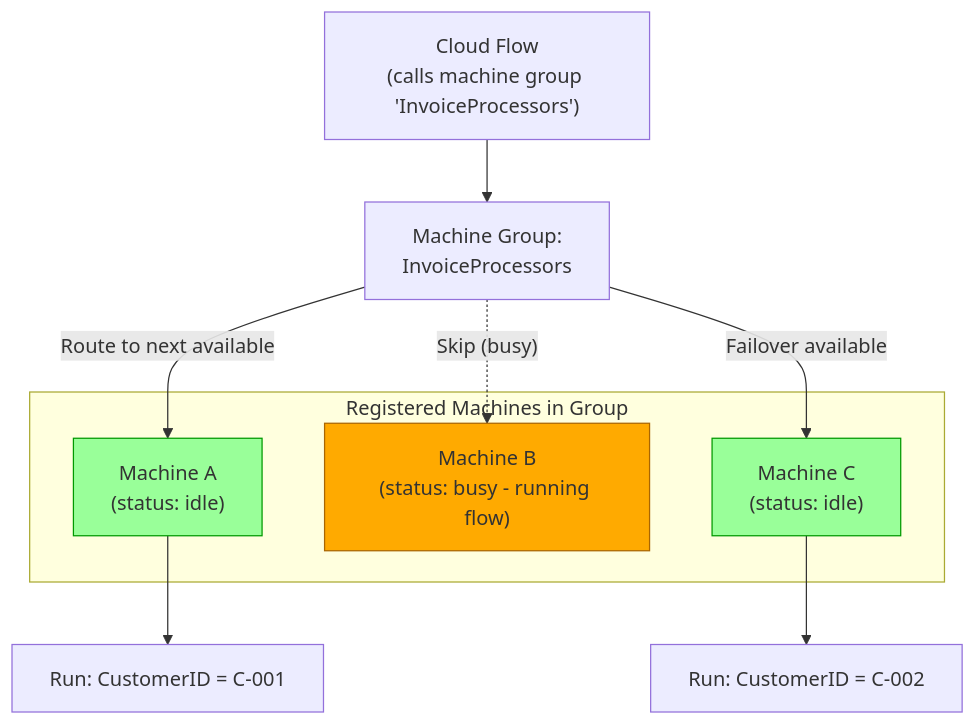
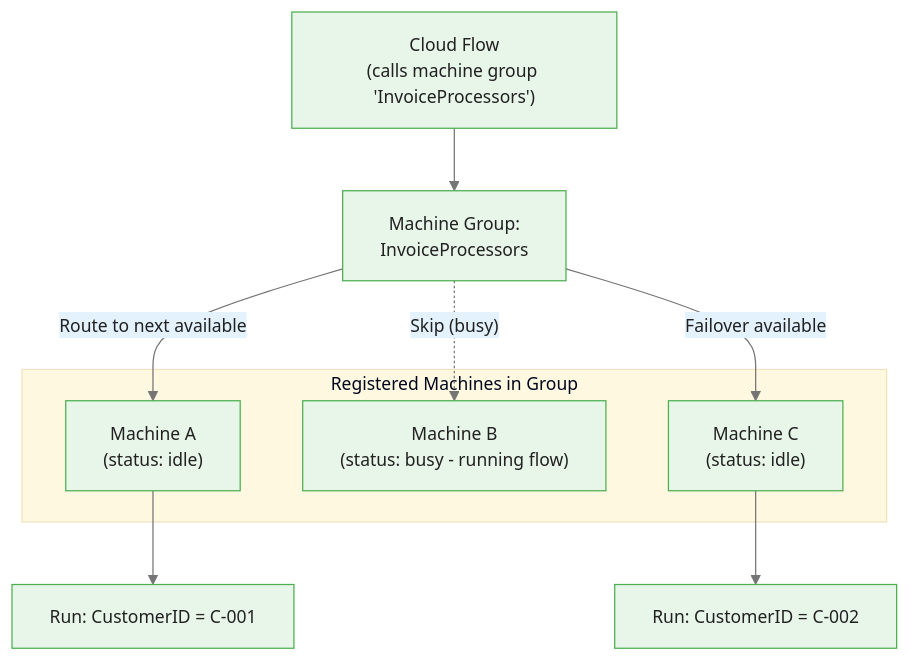
One commit to m-deane/course-creator changed the seventh of 11 diagrams in courses/power-automate/modules/module_07_desktop_flows_rpa/guides/02_cloud_desktop_integration_slides.md. Above: the diagram before and after it, drawn with Mermaid. The commit also changed other lines of this file and 72 other files, not shown here.

````diff
--- a/courses/power-automate/modules/module_07_desktop_flows_rpa/guides/02_cloud_desktop_integration_slides.md
+++ b/courses/power-automate/modules/module_07_desktop_flows_rpa/guides/02_cloud_desktop_integration_slides.md
@@ -211,23 +234,21 @@
 ```mermaid
+%%{init: {"theme": "base", "themeVariables": {"primaryColor": "#e8f5e9", "primaryBorderColor": "#4caf50", "primaryTextColor": "#212121", "secondaryColor": "#e3f2fd", "tertiaryColor": "#fff8e1", "lineColor": "#757575", "fontFamily": "Inter, sans-serif", "fontSize": "14px"}}}%%
 graph TB
     CF["Cloud Flow\n(calls machine group 'InvoiceProcessors')"]
 
     CF --> MG["Machine Group:\nInvoiceProcessors"]
 
     subgraph Machines["Registered Machines in Group"]
         MA["Machine A\n(status: idle)"]
         MB["Machine B\n(status: busy - running flow)"]
         MC["Machine C\n(status: idle)"]
     end
 
     MG -->|"Route to next available"| MA
     MG -.->|"Skip (busy)"| MB
     MG -->|"Failover available"| MC
 
     MA --> RUN1["Run: CustomerID = C-001"]
     MC --> RUN2["Run: CustomerID = C-002"]
 
-    style MA fill:#9f9,stroke:#090
-    style MB fill:#fa0,stroke:#a60
-    style MC fill:#9f9,stroke:#090
 ```
````
